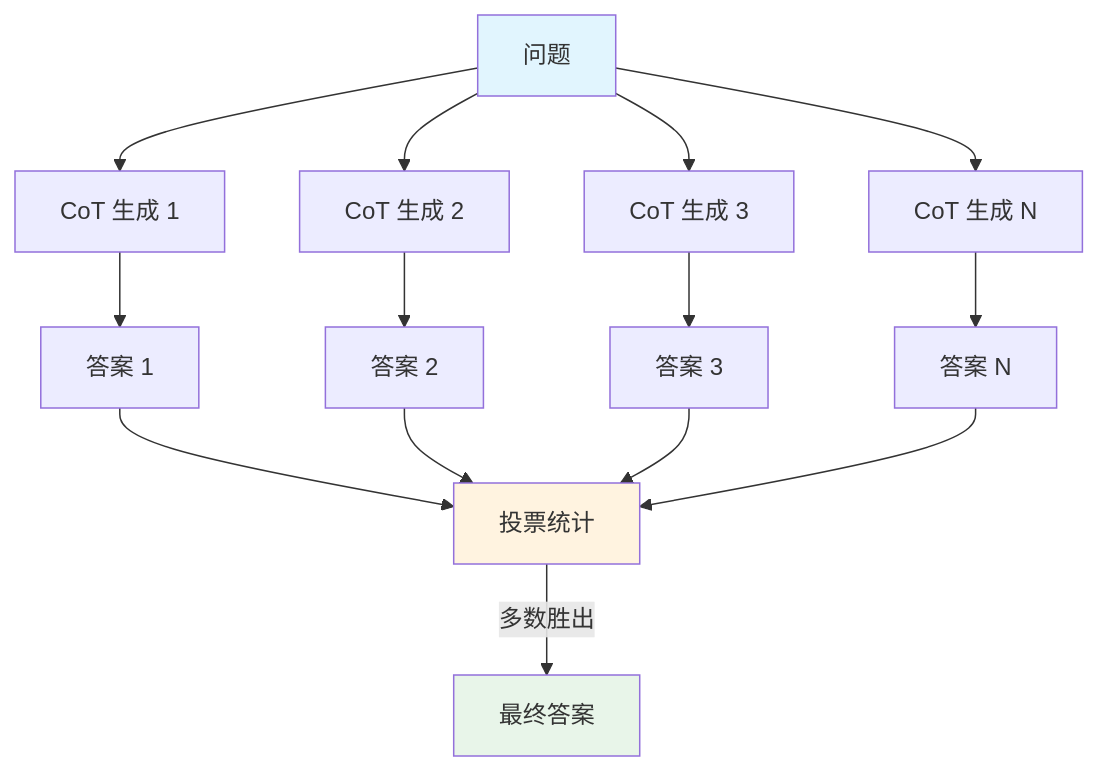
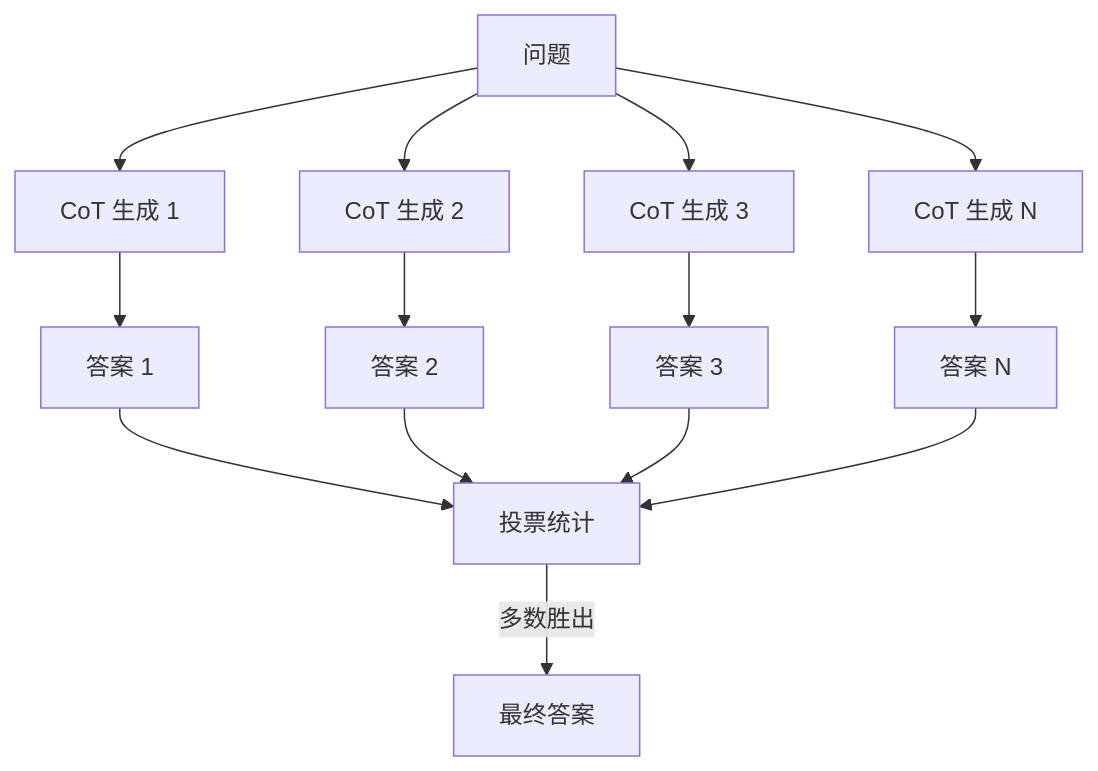
One commit to yuexiaoliang/prompt-engineering-learning changed the fourth of 8 diagrams in 03-reasoning-zh.md. Above: the diagram before and after it, drawn with Mermaid. The commit also changed other lines of this file, not shown here.

Commit message:
fix: remove hardcoded fill colors from Mermaid charts for light/dark theme auto-adaptation

````diff
--- a/03-reasoning-zh.md
+++ b/03-reasoning-zh.md
@@ -397,23 +387,20 @@
 ```mermaid
 flowchart TD
     A[问题] --> B[CoT 生成 1]
     A --> C[CoT 生成 2]
     A --> D[CoT 生成 3]
     A --> E[CoT 生成 N]
 
     B --> F[答案 1]
     C --> G[答案 2]
     D --> H[答案 3]
     E --> I[答案 N]
 
     F --> J[投票统计]
     G --> J
     H --> J
     I --> J
 
     J -->|多数胜出| K[最终答案]
 
-    style A fill:#e1f5fe
-    style J fill:#fff3e0
-    style K fill:#e8f5e9
 ```
````
